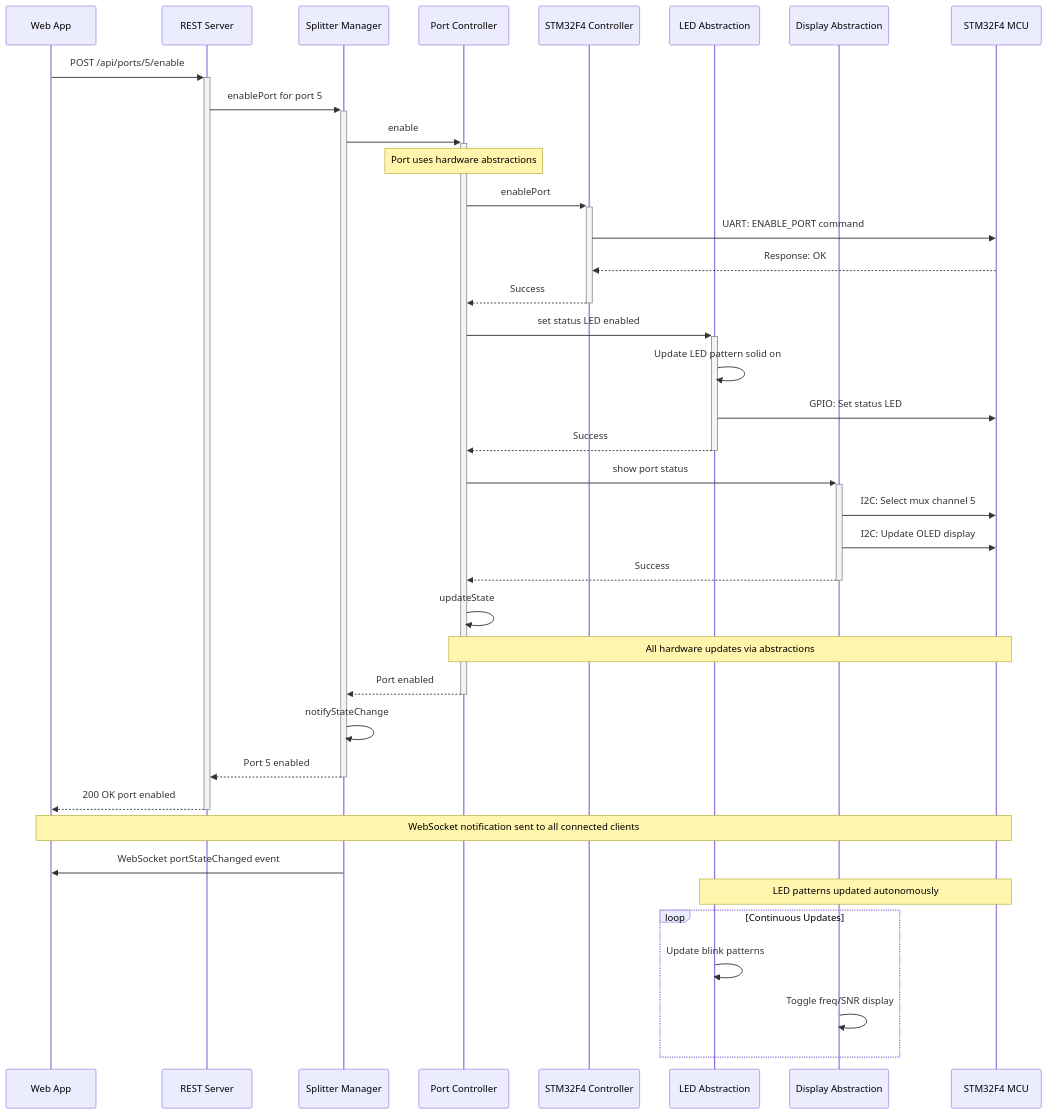
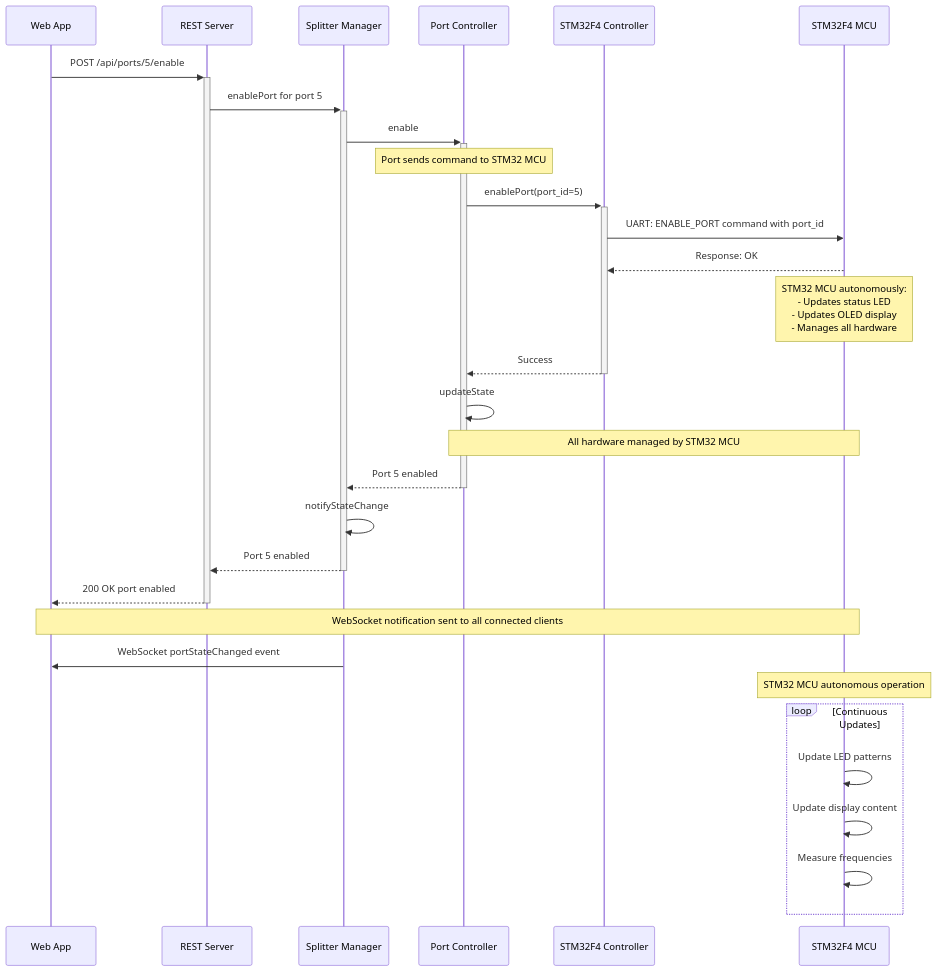
Before and after one commit to alandovskis/lband-splitter: the fourth of 5 diagrams in README.md, drawn with Mermaid. The commit also changed other lines of this file, not shown here.

First line of the commit message:
Update README.md architecture documentation

````diff
--- a/README.md
+++ b/README.md
@@ -177,49 +167,39 @@
 ```mermaid
 sequenceDiagram
     participant WebApp as Web App
     participant REST as REST Server
     participant Manager as Splitter Manager
     participant Port as Port Controller
     participant STM32 as STM32F4 Controller
-    participant LED as LED Abstraction
-    participant Display as Display Abstraction
     participant Hardware as STM32F4 MCU
     
     WebApp->>+REST: POST /api/ports/5/enable
     REST->>+Manager: enablePort for port 5
     Manager->>+Port: enable
     
-    Note over Port: Port uses hardware abstractions
-    Port->>+STM32: enablePort
-    STM32->>Hardware: UART: ENABLE_PORT command
+    Note over Port: Port sends command to STM32 MCU
+    Port->>+STM32: enablePort(port_id=5)
+    STM32->>Hardware: UART: ENABLE_PORT command with port_id
     Hardware-->>STM32: Response: OK
+    Note over Hardware: STM32 MCU autonomously:<br/>- Updates status LED<br/>- Updates OLED display<br/>- Manages all hardware
     STM32-->>-Port: Success
     
-    Port->>+LED: set status LED enabled
-    LED->>LED: Update LED pattern solid on
-    LED->>Hardware: GPIO: Set status LED
-    LED-->>-Port: Success
-    
-    Port->>+Display: show port status
-    Display->>Hardware: I2C: Select mux channel 5
-    Display->>Hardware: I2C: Update OLED display
-    Display-->>-Port: Success
-    
     Port->>Port: updateState
-    Note over Port,Hardware: All hardware updates via abstractions
-    Port-->>-Manager: Port enabled
+    Note over Port,Hardware: All hardware managed by STM32 MCU
+    Port-->>-Manager: Port 5 enabled
     
     Manager->>Manager: notifyStateChange
     Manager-->>-REST: Port 5 enabled
     
     REST-->>-WebApp: 200 OK port enabled
     
     Note over WebApp,Hardware: WebSocket notification sent to all connected clients
     Manager->>WebApp: WebSocket portStateChanged event
     
-    Note over LED,Hardware: LED patterns updated autonomously
+    Note over Hardware: STM32 MCU autonomous operation
     loop Continuous Updates
-        LED->>LED: Update blink patterns
-        Display->>Display: Toggle freq/SNR display
+        Hardware->>Hardware: Update LED patterns
+        Hardware->>Hardware: Update display content
+        Hardware->>Hardware: Measure frequencies
     end
 ```
````
